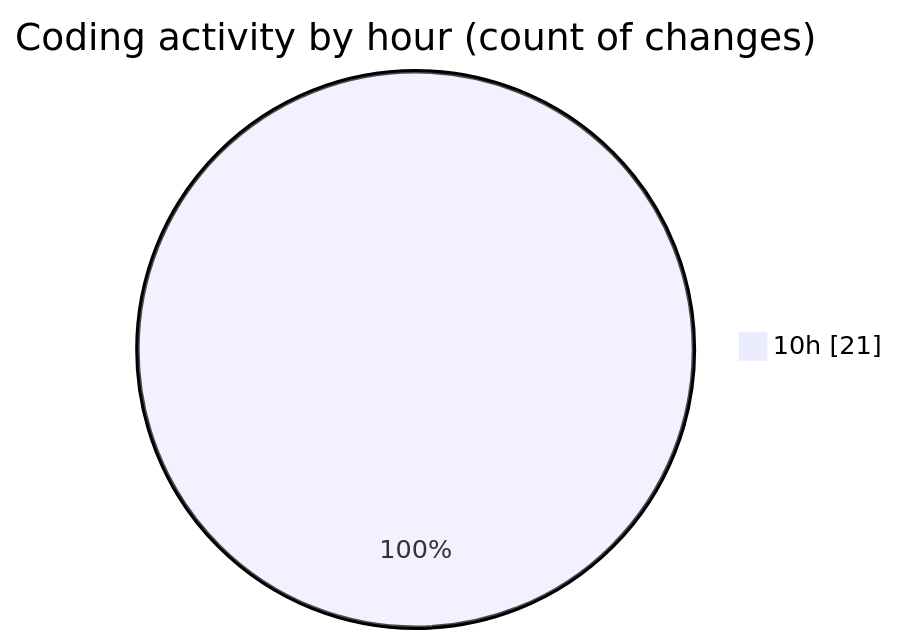
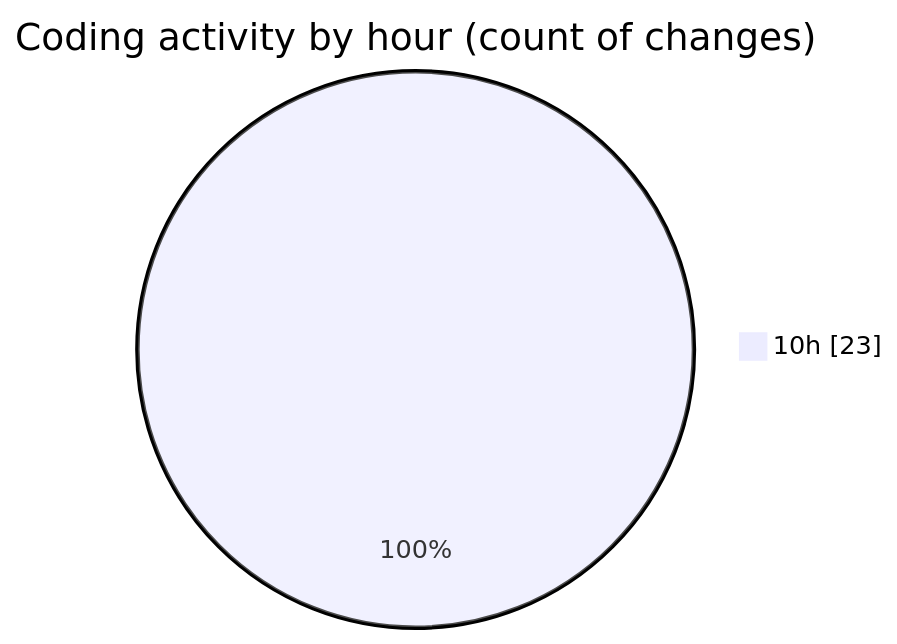
Before and after one commit to momahboobian/code-tracking: the second of 2 diagrams in 2025-10-24/cda/README.md, drawn with Mermaid. The commit also changed other lines of this file and 1 other file, not shown here.

````diff
--- a/2025-10-24/cda/README.md
+++ b/2025-10-24/cda/README.md
@@ -32,5 +32,5 @@
 ```mermaid
 pie showData
 title Coding activity by hour (count of changes)
-"10h" : 21
+"10h" : 23
 ```
````
